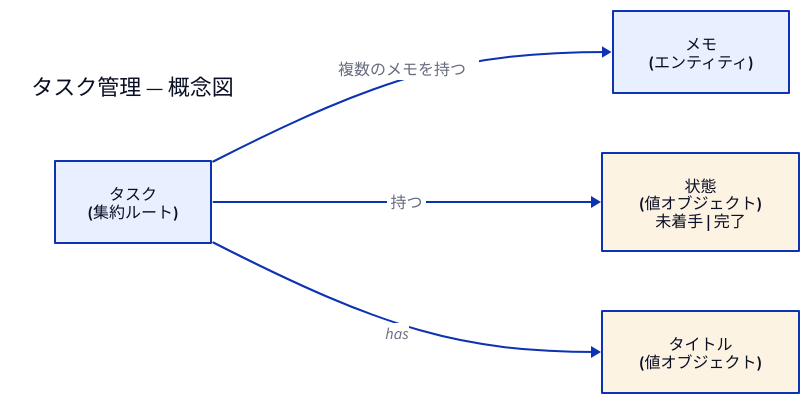
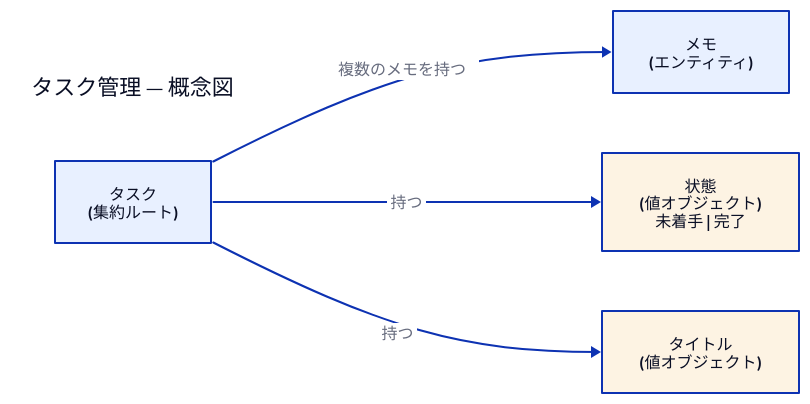
The diagram in skills/domain-blueprint/examples/minimal/domain.d2 (rinsan1120/domain-blueprint), drawn with D2 before and after one commit.

Commit message:
Complete Japanese labels in sample concept diagram

```diff
--- a/skills/domain-blueprint/examples/minimal/domain.d2
+++ b/skills/domain-blueprint/examples/minimal/domain.d2
@@ -1,25 +1,25 @@
 direction: right
 
 # A hand-written concept diagram: the domain's concepts and relationships,
 # not the database tables (that is the logical/physical ER views).
 heading: "タスク管理 — 概念図" {
   shape: text
   style.font-size: 22
 }
 
 task: "タスク\n(集約ルート)" {
   style.fill: "#e8f0ff"
 }
 note: "メモ\n(エンティティ)" {
   style.fill: "#e8f0ff"
 }
 status: "状態\n(値オブジェクト)\n未着手 | 完了" {
   style.fill: "#fdf3e3"
 }
 task_title: "タイトル\n(値オブジェクト)" {
   style.fill: "#fdf3e3"
 }
 
 task -> note: "複数のメモを持つ"
 task -> status: "持つ"
-task -> task_title: "has"
+task -> task_title: "持つ"
```
